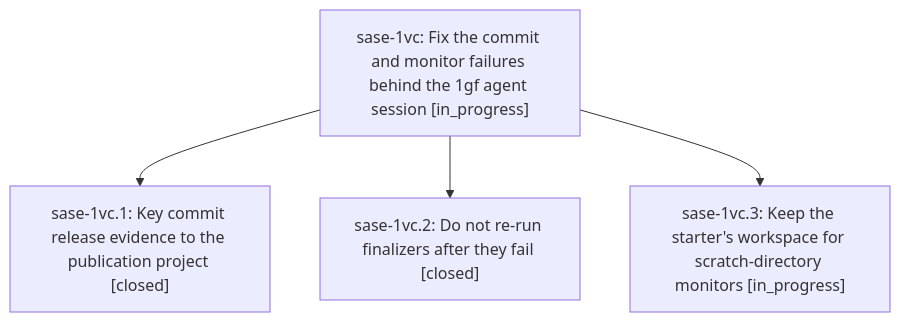
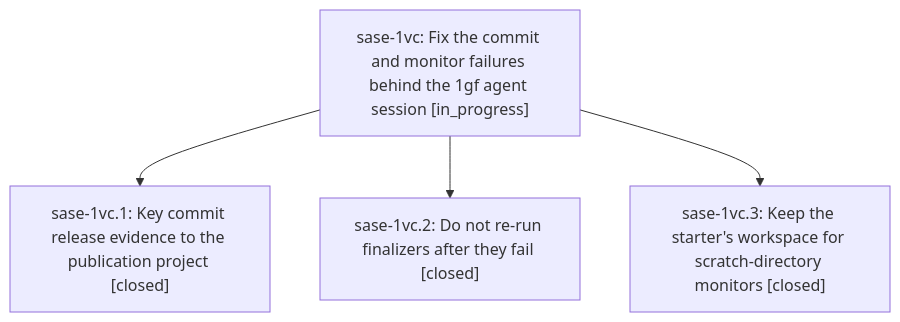
Before and after one commit to sase-org/sase--beads: the diagram in pages/sase-1vc/README.md, drawn with Mermaid. The commit also changed other lines of this file and 3 other files, not shown here.

````diff
--- a/pages/sase-1vc/README.md
+++ b/pages/sase-1vc/README.md
@@ -36,10 +36,10 @@
 ```mermaid
 flowchart TD
     n0["sase-1vc: Fix the commit and monitor failures behind the 1gf agent session [in_progress]"]
     n1["sase-1vc.1: Key commit release evidence to the publication project [closed]"]
     n2["sase-1vc.2: Do not re-run finalizers after they fail [closed]"]
-    n3["sase-1vc.3: Keep the starter's workspace for scratch-directory monitors [in_progress]"]
+    n3["sase-1vc.3: Keep the starter's workspace for scratch-directory monitors [closed]"]
     n0 --> n1
     n0 --> n2
     n0 --> n3
 ```
````
